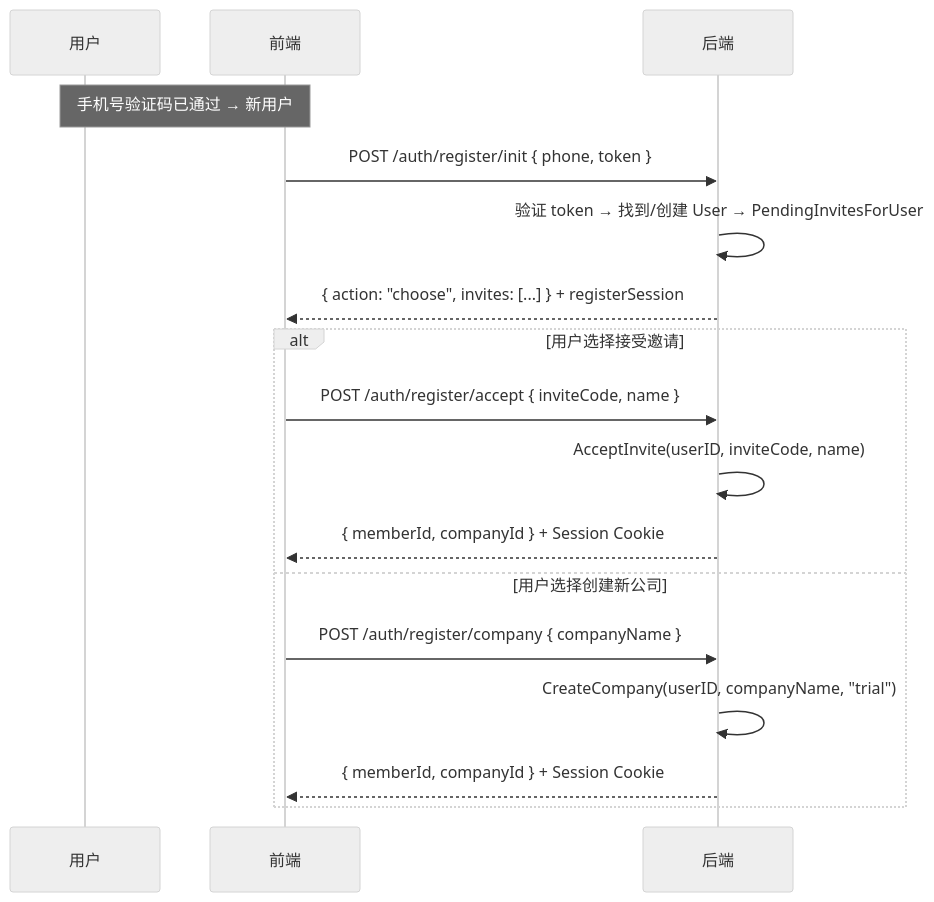
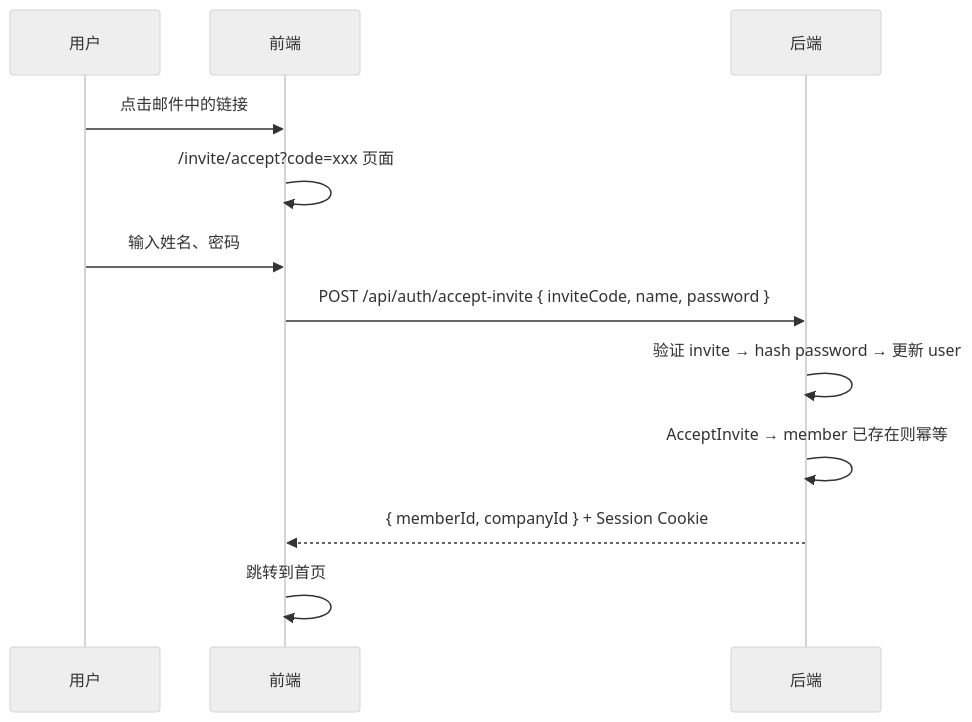
The second of 3 diagrams in docs/saas/invite-and-onboarding.md (quyip8818/mytokenjoy), drawn with Mermaid (neutral theme) before and after one commit. The commit also changed other lines of this file and 8 other files, not shown here.

````diff
--- a/docs/saas/invite-and-onboarding.md
+++ b/docs/saas/invite-and-onboarding.md
@@ -233,21 +72,15 @@
 ```mermaid
 sequenceDiagram
     participant U as 用户
     participant F as 前端
     participant B as 后端
 
-    Note over U,F: 手机号验证码已通过 → 新用户
-    F->>B: POST /auth/register/init { phone, token }
-    B->>B: 验证 token → 找到/创建 User → PendingInvitesForUser
-    B-->>F: { action: "choose", invites: [...] } + registerSession
-
-    alt 用户选择接受邀请
-        F->>B: POST /auth/register/accept { inviteCode, name }
-        B->>B: AcceptInvite(userID, inviteCode, name)
-        B-->>F: { memberId, companyId } + Session Cookie
-    else 用户选择创建新公司
-        F->>B: POST /auth/register/company { companyName }
-        B->>B: CreateCompany(userID, companyName, "trial")
-        B-->>F: { memberId, companyId } + Session Cookie
-    end
+    U->>F: 点击邮件中的链接
+    F->>F: /invite/accept?code=xxx 页面
+    U->>F: 输入姓名、密码
+    F->>B: POST /api/auth/accept-invite { inviteCode, name, password }
+    B->>B: 验证 invite → hash password → 更新 user
+    B->>B: AcceptInvite → member 已存在则幂等
+    B-->>F: { memberId, companyId } + Session Cookie
+    F->>F: 跳转到首页
 ```
````
